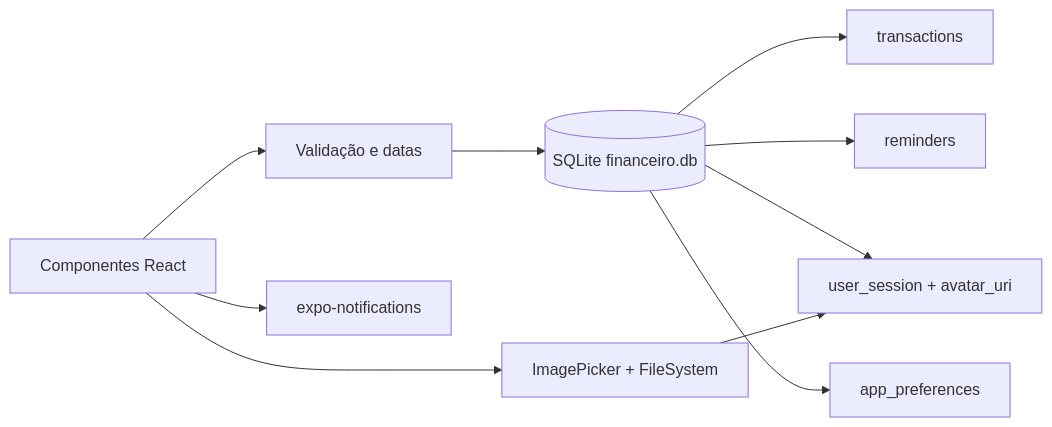
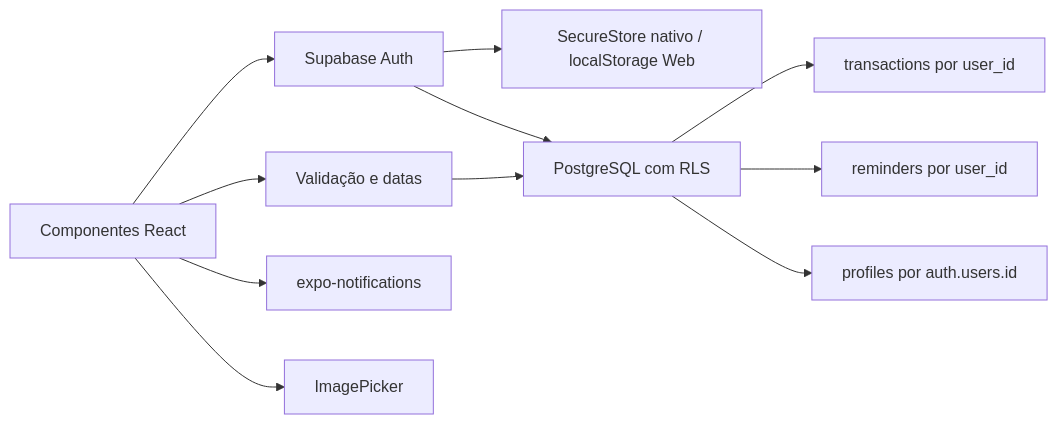
Before and after one commit to joaogangelo55/gestao-financeira-lembretes: the second of 2 diagrams in docs/ARQUITETURA-DO-APLICATIVO.md, drawn with Mermaid. The commit also changed other lines of this file and 23 other files, not shown here.

````diff
--- a/docs/ARQUITETURA-DO-APLICATIVO.md
+++ b/docs/ARQUITETURA-DO-APLICATIVO.md
@@ -23,12 +23,13 @@
 ```mermaid
 flowchart LR
  UI[Componentes React] --> V[Validação e datas]
- V --> DB[(SQLite financeiro.db)]
- DB --> T[transactions]
- DB --> R[reminders]
- DB --> S[user_session + avatar_uri]
- DB --> P[app_preferences]
+ UI --> A[Supabase Auth]
+ A --> S[SecureStore nativo / localStorage Web]
+ A --> RLS[PostgreSQL com RLS]
+ V --> RLS
+ RLS --> T[transactions por user_id]
+ RLS --> R[reminders por user_id]
+ RLS --> P[profiles por auth.users.id]
  UI --> N[expo-notifications]
- UI --> I[ImagePicker + FileSystem]
- I --> S
+ UI --> I[ImagePicker]
 ```
````
